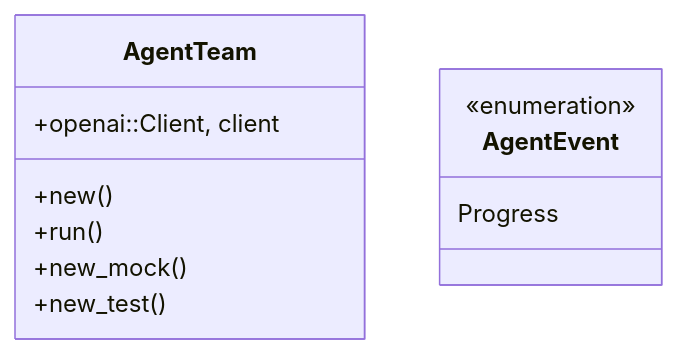
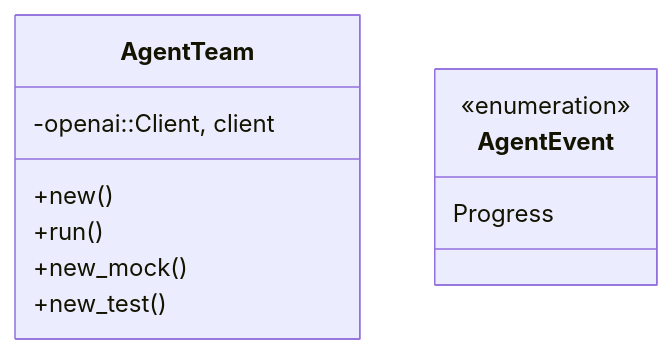
The first of 2 diagrams in openwiki/src/domain/agent/team.md (lgcorzo/fastapi-autogen-team), drawn with Mermaid before and after one commit. The commit also changed other lines of this file and 22 other files, not shown here.

````diff
--- a/openwiki/src/domain/agent/team.md
+++ b/openwiki/src/domain/agent/team.md
@@ -34,15 +20,15 @@
 ```mermaid
 classDiagram
     direction BT
     class AgentTeam {
-        +openai::Client, client
+        -openai::Client, client
         +new()
         +run()
         +new_mock()
         +new_test()
     }
     class AgentEvent {
         <<enumeration>>
         Progress
     }
 ```
````
